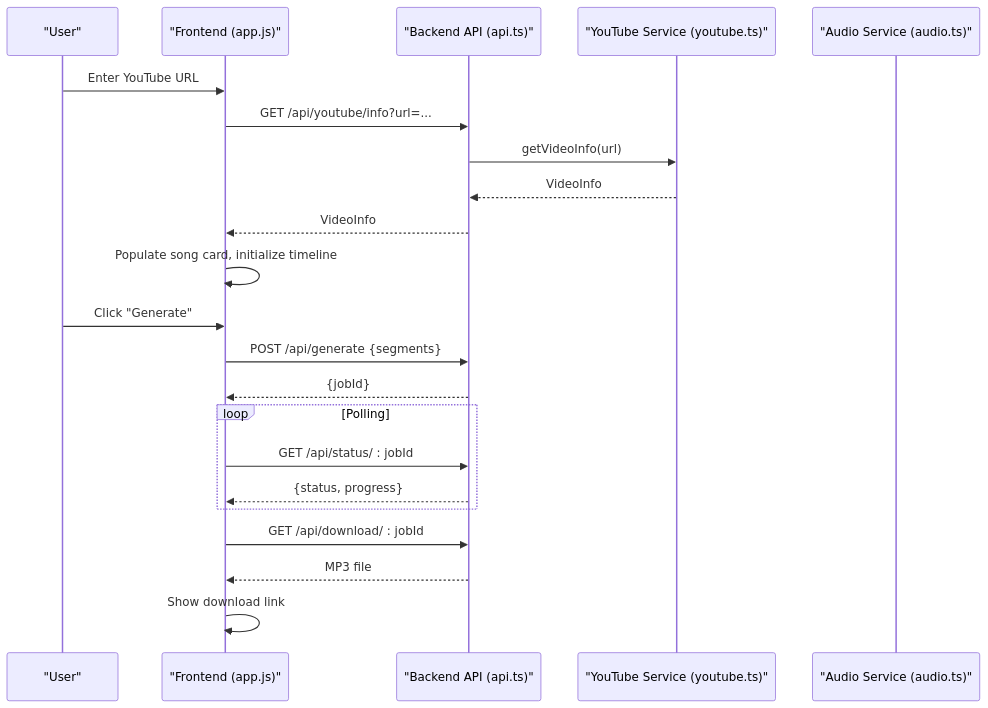
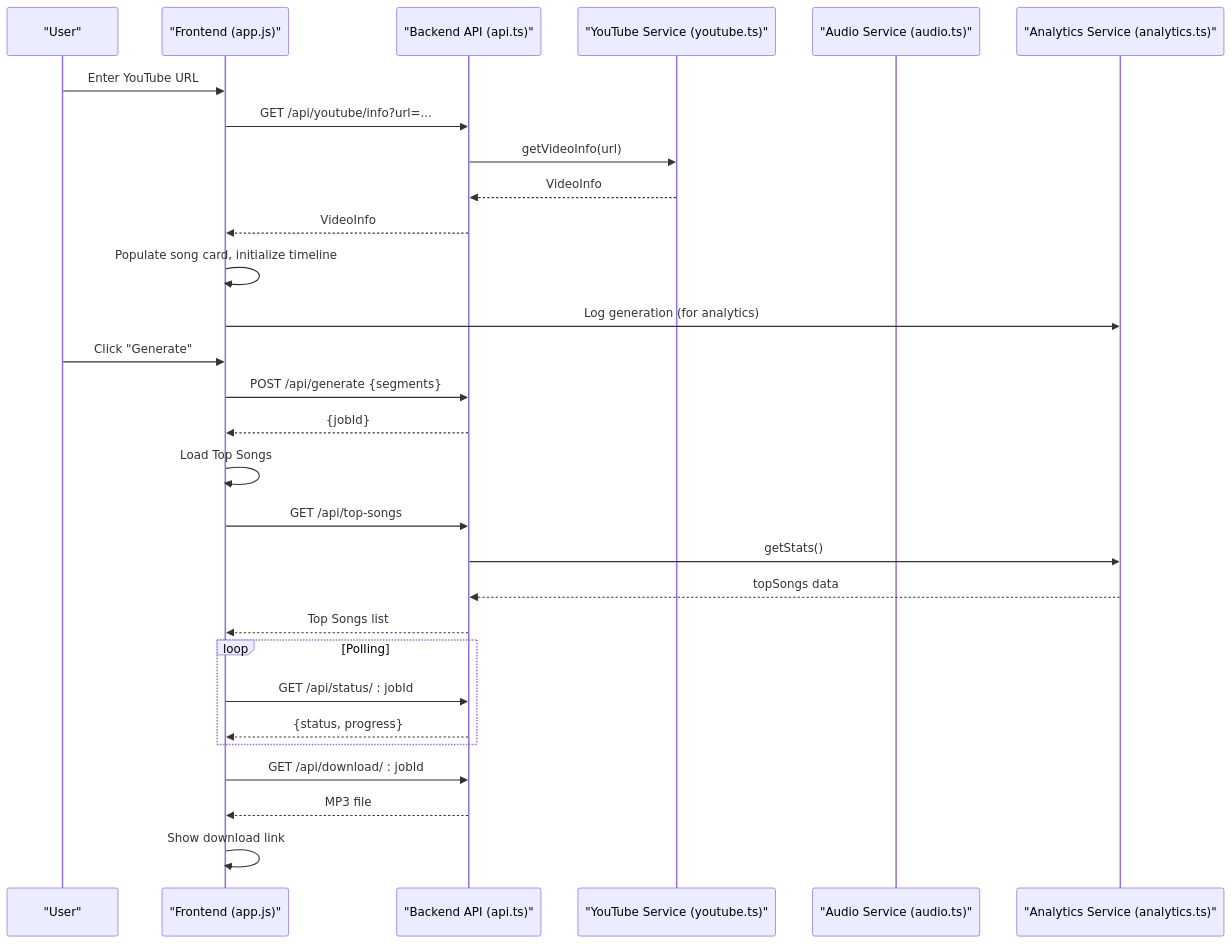
Before and after one commit to dkoukoul/kpop-random-dance-generator: the second of 11 diagrams in .qoder/repowiki/en/content/Frontend Application/Feature Implementations.md, drawn with Mermaid. The commit also changed other lines of this file and 3 other files, not shown here.

````diff
--- a/.qoder/repowiki/en/content/Frontend Application/Feature Implementations.md
+++ b/.qoder/repowiki/en/content/Frontend Application/Feature Implementations.md
@@ -96,24 +118,31 @@
 ```mermaid
 sequenceDiagram
 participant User as "User"
 participant FE as "Frontend (app.js)"
 participant API as "Backend API (api.ts)"
 participant YT as "YouTube Service (youtube.ts)"
 participant AUD as "Audio Service (audio.ts)"
+participant ANA as "Analytics Service (analytics.ts)"
 User->>FE : Enter YouTube URL
 FE->>API : GET /api/youtube/info?url=...
 API->>YT : getVideoInfo(url)
 YT-->>API : VideoInfo
 API-->>FE : VideoInfo
 FE->>FE : Populate song card, initialize timeline
+FE->>ANA : Log generation (for analytics)
 User->>FE : Click "Generate"
 FE->>API : POST /api/generate {segments}
 API-->>FE : {jobId}
+FE->>FE : Load Top Songs
+FE->>API : GET /api/top-songs
+API->>ANA : getStats()
+ANA-->>API : topSongs data
+API-->>FE : Top Songs list
 loop Polling
 FE->>API : GET /api/status/ : jobId
 API-->>FE : {status, progress}
 end
 FE->>API : GET /api/download/ : jobId
 API-->>FE : MP3 file
 FE->>FE : Show download link
 ```
````
